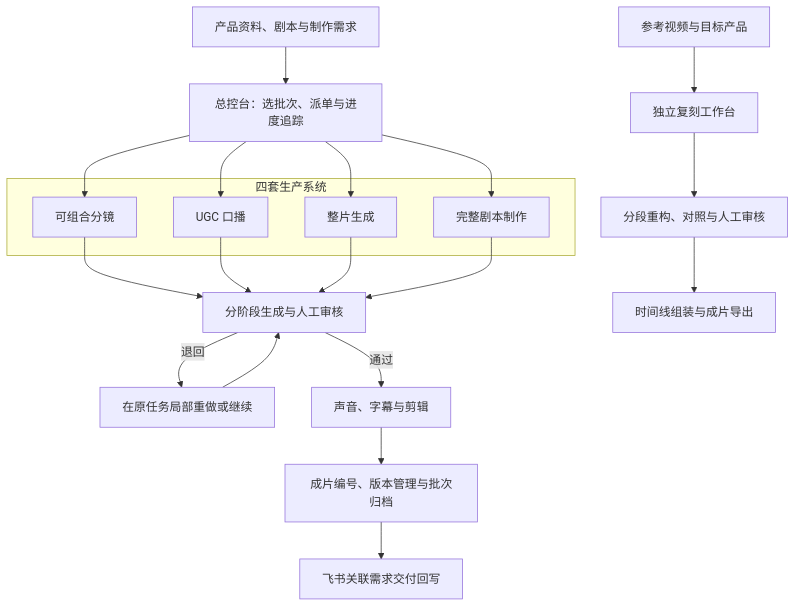
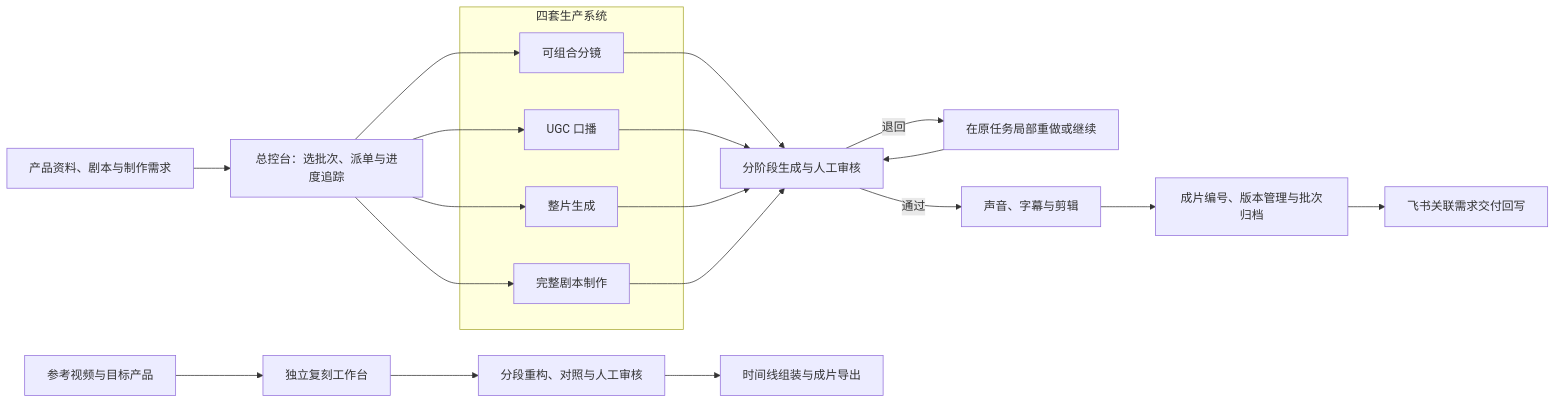
One commit to super-chestnut/portfolio changed the diagram in cases/ai-video-production.md. Above: the diagram before and after it, drawn with Mermaid.

Commit message:
Change flowchart direction in AI video production
Updated flowchart direction from TB to LR in AI video production case.

````diff
--- a/cases/ai-video-production.md
+++ b/cases/ai-video-production.md
@@ -36,26 +36,26 @@
 ```mermaid
-flowchart TB
+flowchart LR
     D["产品资料、剧本与制作需求"] --> C["总控台：选批次、派单与进度追踪"]
     subgraph Managed["四套生产系统"]
         A["可组合分镜"]
         B["UGC 口播"]
         E["整片生成"]
         S["完整剧本制作"]
     end
     C --> A
     C --> B
     C --> E
     C --> S
     A --> R["分阶段生成与人工审核"]
     B --> R
     E --> R
     S --> R
     R -->|退回| W["在原任务局部重做或继续"]
     W --> R
     R -->|通过| F["声音、字幕与剪辑"]
     F --> L["成片编号、版本管理与批次归档"]
     L --> H["飞书关联需求交付回写"]
     V["参考视频与目标产品"] --> K["独立复刻工作台"]
     K --> Q["分段重构、对照与人工审核"]
     Q --> Z["时间线组装与成片导出"]
 ```
````
